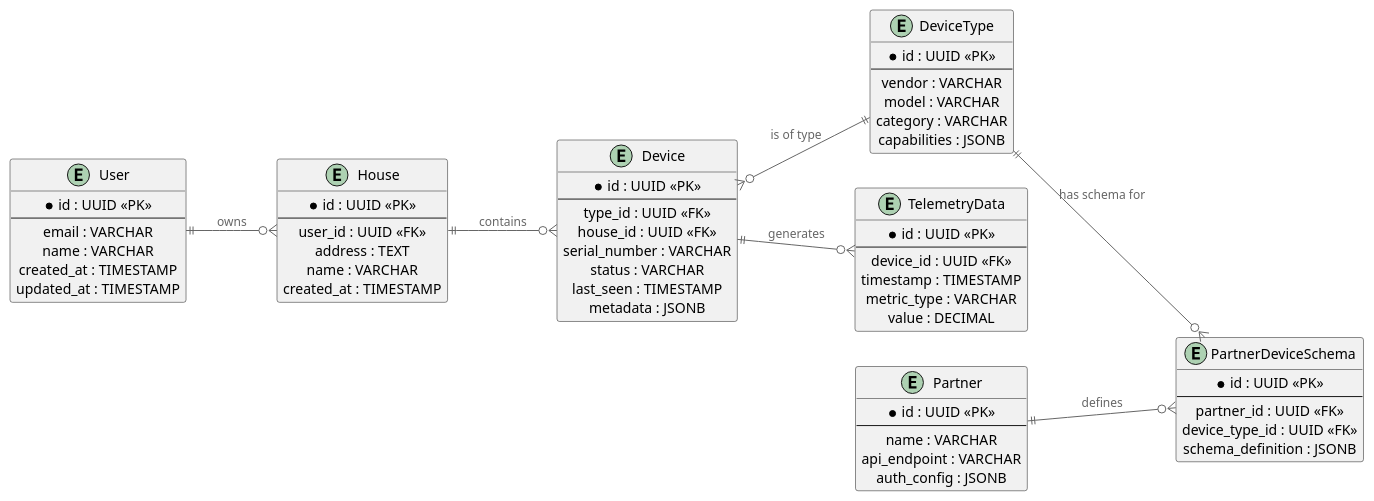
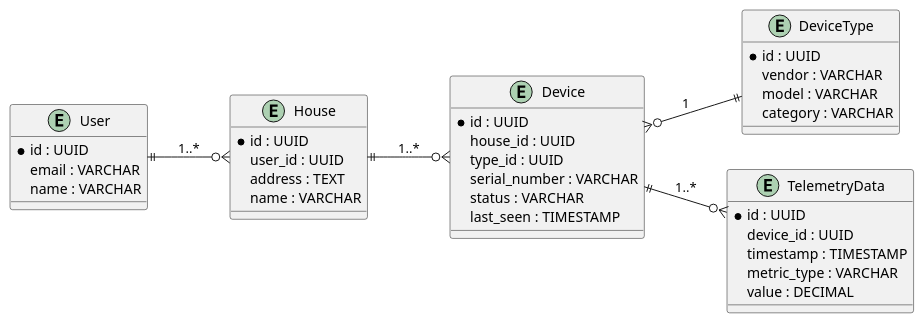
Before and after one commit to KIProkopenko/architecture-warmhouse: the diagram in er_warmhouse.puml, drawn with PlantUML.

```diff
--- a/er_warmhouse.puml
+++ b/er_warmhouse.puml
@@ -1,76 +1,50 @@
 @startuml
-!include https://raw.githubusercontent.com/plantuml-stdlib/C4-PlantUML/master/C4_Context.puml
-' Или можно использовать стандартный стиль для ER-диаграмм
+' КЛАССИЧЕСКИЙ ER-СТИЛЬ (без C4, без компонентов)
+' Используем entity + relation + кардинальность
 
 left to right direction
 
-entity "User" as U {
-  * id : UUID <<PK>>
-  --
+entity User {
+  * id : UUID
   email : VARCHAR
   name : VARCHAR
-  created_at : TIMESTAMP
-  updated_at : TIMESTAMP
 }
 
-entity "House" as H {
-  * id : UUID <<PK>>
-  --
-  user_id : UUID <<FK>>
+entity House {
+  * id : UUID
+  user_id : UUID
   address : TEXT
   name : VARCHAR
-  created_at : TIMESTAMP
 }
 
-entity "Device" as D {
-  * id : UUID <<PK>>
-  --
-  type_id : UUID <<FK>>
-  house_id : UUID <<FK>>
+entity Device {
+  * id : UUID
+  house_id : UUID
+  type_id : UUID
   serial_number : VARCHAR
   status : VARCHAR
   last_seen : TIMESTAMP
-  metadata : JSONB
 }
 
-entity "DeviceType" as DT {
-  * id : UUID <<PK>>
-  --
+entity DeviceType {
+  * id : UUID
   vendor : VARCHAR
   model : VARCHAR
   category : VARCHAR
-  capabilities : JSONB
 }
 
-entity "TelemetryData" as T {
-  * id : UUID <<PK>>
-  --
-  device_id : UUID <<FK>>
+entity TelemetryData {
+  * id : UUID
+  device_id : UUID
   timestamp : TIMESTAMP
   metric_type : VARCHAR
   value : DECIMAL
 }
 
-entity "Partner" as P {
-  * id : UUID <<PK>>
-  --
-  name : VARCHAR
-  api_endpoint : VARCHAR
-  auth_config : JSONB
-}
+' Связи с кардинальностью
+User ||--o{ House : "1..*"
+House ||--o{ Device : "1..*"
+Device }o--|| DeviceType : "1"
+Device ||--o{ TelemetryData : "1..*"
 
-entity "PartnerDeviceSchema" as PDS {
-  * id : UUID <<PK>>
-  --
-  partner_id : UUID <<FK>>
-  device_type_id : UUID <<FK>>
-  schema_definition : JSONB
-}
-
-U ||--o{ H : owns
-H ||--o{ D : contains
-D }o--|| DT : "is of type"
-D ||--o{ T : generates
-P ||--o{ PDS : defines
-DT ||--o{ PDS : "has schema for"
 @enduml
```
